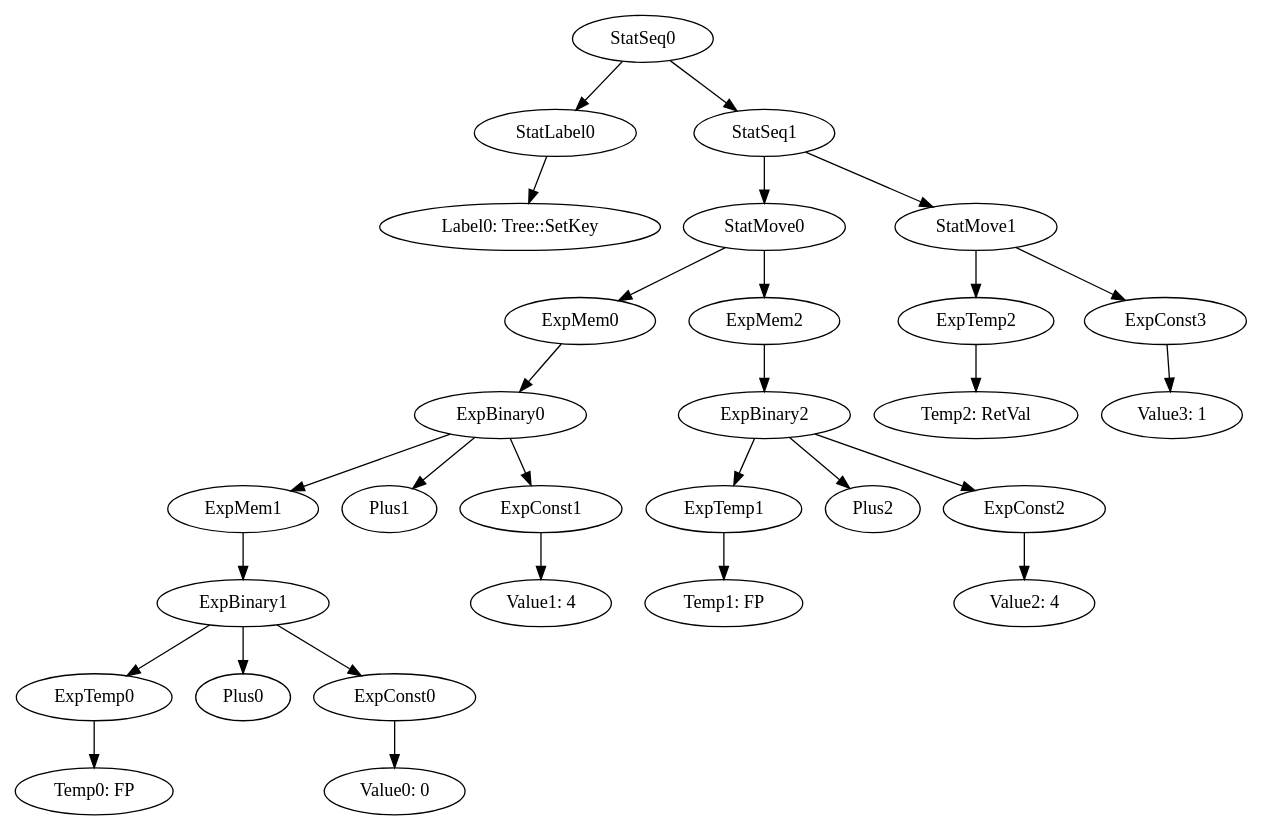
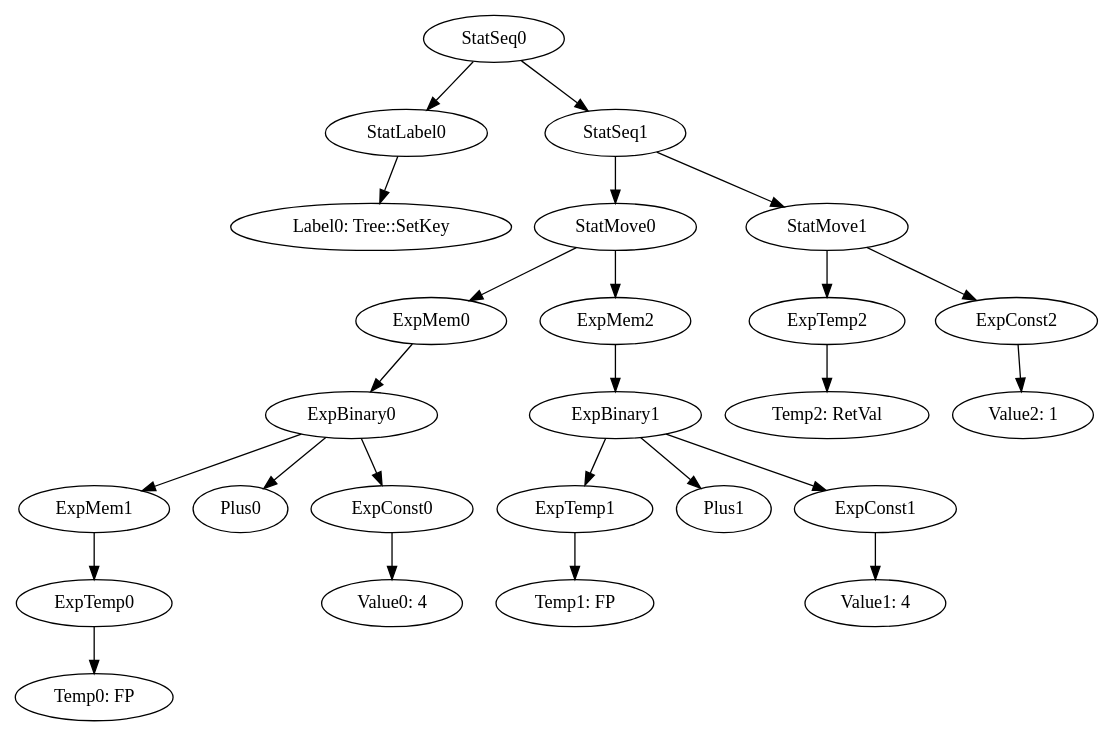
The diagram in MiniJava/results/SamplesCorrect/TreeVisitor/irt_Tree::SetKey.gv (team-compilers/compilers), drawn with Graphviz before and after one commit. The commit also changed 138 other files, not shown here.

```diff
--- a/MiniJava/results/SamplesCorrect/TreeVisitor/irt_Tree::SetKey.gv
+++ b/MiniJava/results/SamplesCorrect/TreeVisitor/irt_Tree::SetKey.gv
@@ -1,31 +1,27 @@
 digraph {
 	ordering = out;
+	ExpConst2 -> "Value2: 1";
 	ExpTemp2 -> "Temp2: RetVal";
-	ExpConst3 -> "Value3: 1";
-	ExpConst2 -> "Value2: 4";
 	StatSeq1 -> StatMove0;
 	StatSeq1 -> StatMove1;
-	ExpBinary2 -> ExpTemp1;
-	ExpBinary2 -> Plus2;
-	ExpBinary2 -> ExpConst2;
-	ExpTemp1 -> "Temp1: FP";
 	StatMove1 -> ExpTemp2;
-	StatMove1 -> ExpConst3;
+	StatMove1 -> ExpConst2;
 	ExpConst1 -> "Value1: 4";
-	ExpMem2 -> ExpBinary2;
+	ExpMem2 -> ExpBinary1;
 	ExpTemp0 -> "Temp0: FP";
 	StatSeq0 -> StatLabel0;
 	StatSeq0 -> StatSeq1;
 	StatLabel0 -> "Label0: Tree::SetKey";
-	ExpConst0 -> "Value0: 0";
-	ExpMem1 -> ExpBinary1;
-	ExpBinary1 -> ExpTemp0;
-	ExpBinary1 -> Plus0;
-	ExpBinary1 -> ExpConst0;
-	ExpMem0 -> ExpBinary0;
+	ExpMem1 -> ExpTemp0;
+	ExpConst0 -> "Value0: 4";
 	ExpBinary0 -> ExpMem1;
-	ExpBinary0 -> Plus1;
-	ExpBinary0 -> ExpConst1;
+	ExpBinary0 -> Plus0;
+	ExpBinary0 -> ExpConst0;
 	StatMove0 -> ExpMem0;
 	StatMove0 -> ExpMem2;
+	ExpTemp1 -> "Temp1: FP";
+	ExpMem0 -> ExpBinary0;
+	ExpBinary1 -> ExpTemp1;
+	ExpBinary1 -> Plus1;
+	ExpBinary1 -> ExpConst1;
 }
```
